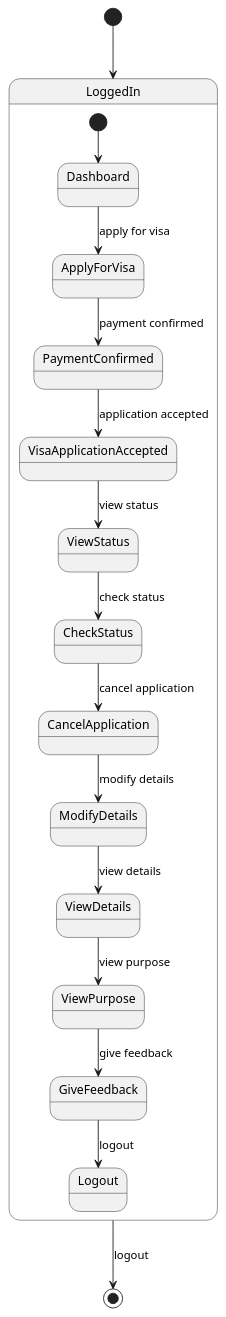
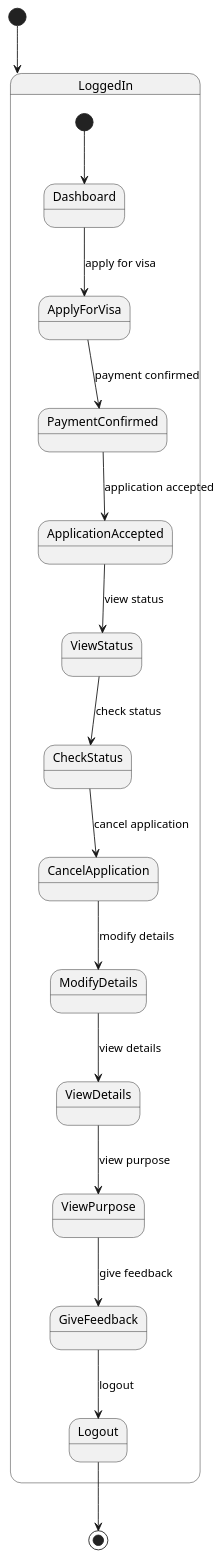
Before and after one commit to maimunafaria/State_transition_Diagram_generated_by_LLM: the diagram in results/plantuml_pipeline/runs/open_source__qwen25_7b_instruct__rag_validation_generator_critic_repair/case_32_e_visa_processing_and_follow_up_system/run_01.initial.puml, drawn with PlantUML. The commit also changed 371 other files, not shown here.

```diff
--- a/results/plantuml_pipeline/runs/open_source__qwen25_7b_instruct__rag_validation_generator_critic_repair/case_32_e_visa_processing_and_follow_up_system/run_01.initial.puml
+++ b/results/plantuml_pipeline/runs/open_source__qwen25_7b_instruct__rag_validation_generator_critic_repair/case_32_e_visa_processing_and_follow_up_system/run_01.initial.puml
@@ -1,20 +1,20 @@
 @startuml
 [*] --> LoggedIn
 
 state LoggedIn {
   [*] --> Dashboard
   Dashboard --> ApplyForVisa : apply for visa
   ApplyForVisa --> PaymentConfirmed : payment confirmed
-  PaymentConfirmed --> VisaApplicationAccepted : application accepted
-  VisaApplicationAccepted --> ViewStatus : view status
+  PaymentConfirmed --> ApplicationAccepted : application accepted
+  ApplicationAccepted --> ViewStatus : view status
   ViewStatus --> CheckStatus : check status
   CheckStatus --> CancelApplication : cancel application
   CancelApplication --> ModifyDetails : modify details
   ModifyDetails --> ViewDetails : view details
   ViewDetails --> ViewPurpose : view purpose
   ViewPurpose --> GiveFeedback : give feedback
   GiveFeedback --> Logout : logout
 }
 
-LoggedIn --> [*] : logout
+Logout --> [*]
 @enduml
```
